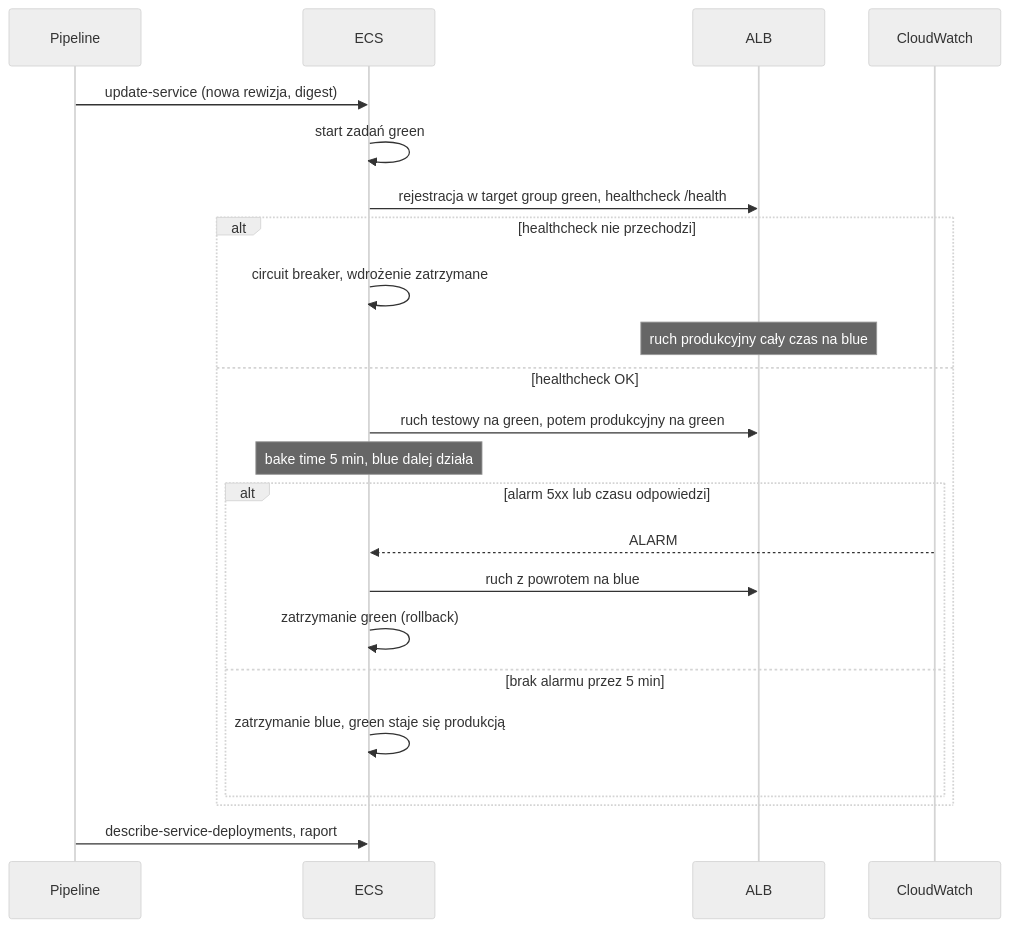
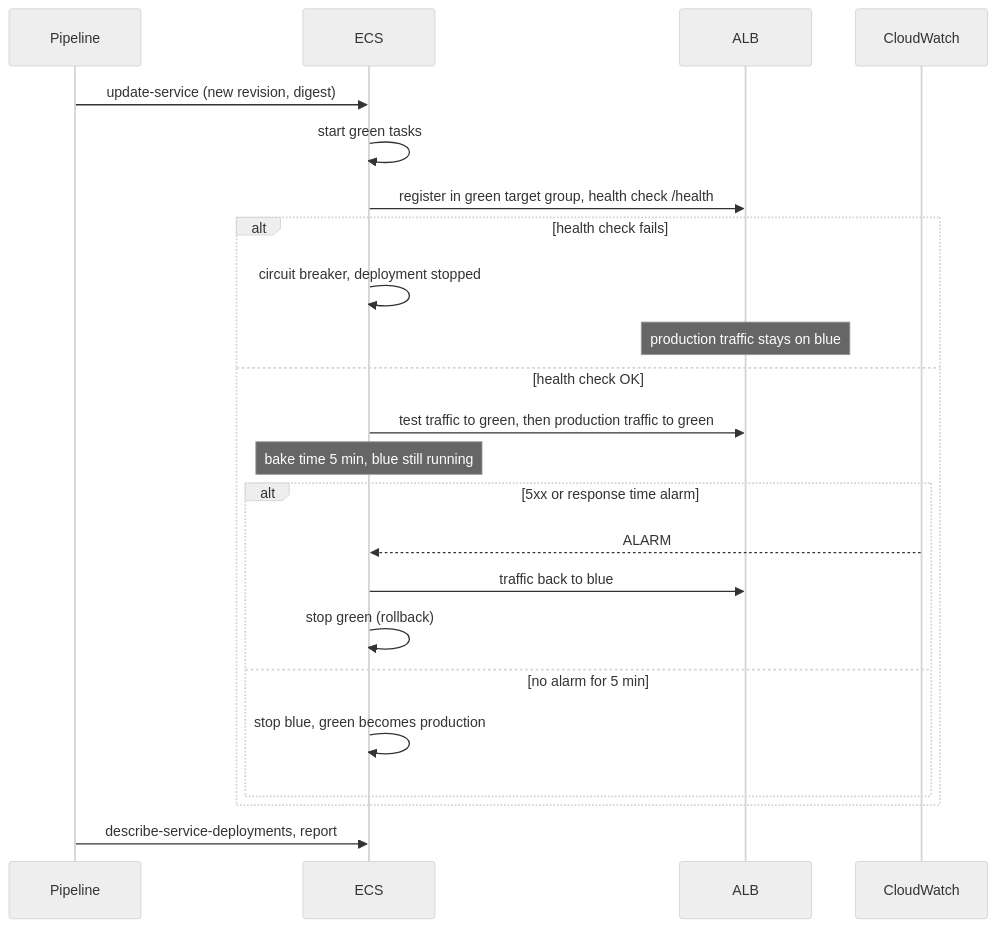
The fourth of 4 diagrams in docs/architecture.md (marcinbator/ecs-supply-chain), drawn with Mermaid (neutral theme) before and after one commit. The commit also changed other lines of this file and 6 other files, not shown here.

````diff
--- a/docs/architecture.md
+++ b/docs/architecture.md
@@ -68,25 +68,25 @@
 ```mermaid
 sequenceDiagram
   participant P as Pipeline
   participant E as ECS
   participant A as ALB
   participant C as CloudWatch
-  P->>E: update-service (nowa rewizja, digest)
-  E->>E: start zadań green
-  E->>A: rejestracja w target group green, healthcheck /health
-  alt healthcheck nie przechodzi
-    E->>E: circuit breaker, wdrożenie zatrzymane
-    Note over A: ruch produkcyjny cały czas na blue
-  else healthcheck OK
-    E->>A: ruch testowy na green, potem produkcyjny na green
-    Note over E: bake time 5 min, blue dalej działa
-    alt alarm 5xx lub czasu odpowiedzi
+  P->>E: update-service (new revision, digest)
+  E->>E: start green tasks
+  E->>A: register in green target group, health check /health
+  alt health check fails
+    E->>E: circuit breaker, deployment stopped
+    Note over A: production traffic stays on blue
+  else health check OK
+    E->>A: test traffic to green, then production traffic to green
+    Note over E: bake time 5 min, blue still running
+    alt 5xx or response time alarm
       C-->>E: ALARM
-      E->>A: ruch z powrotem na blue
-      E->>E: zatrzymanie green (rollback)
-    else brak alarmu przez 5 min
-      E->>E: zatrzymanie blue, green staje się produkcją
+      E->>A: traffic back to blue
+      E->>E: stop green (rollback)
+    else no alarm for 5 min
+      E->>E: stop blue, green becomes production
     end
   end
-  P->>E: describe-service-deployments, raport
+  P->>E: describe-service-deployments, report
 ```
````
